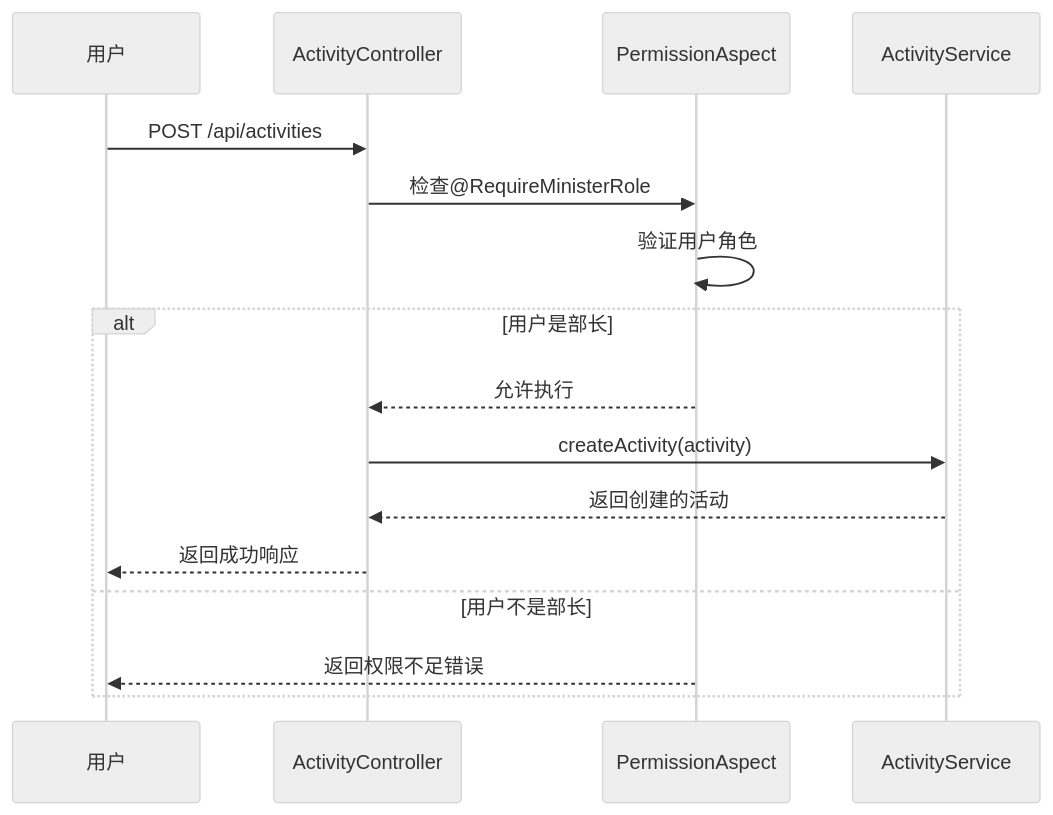
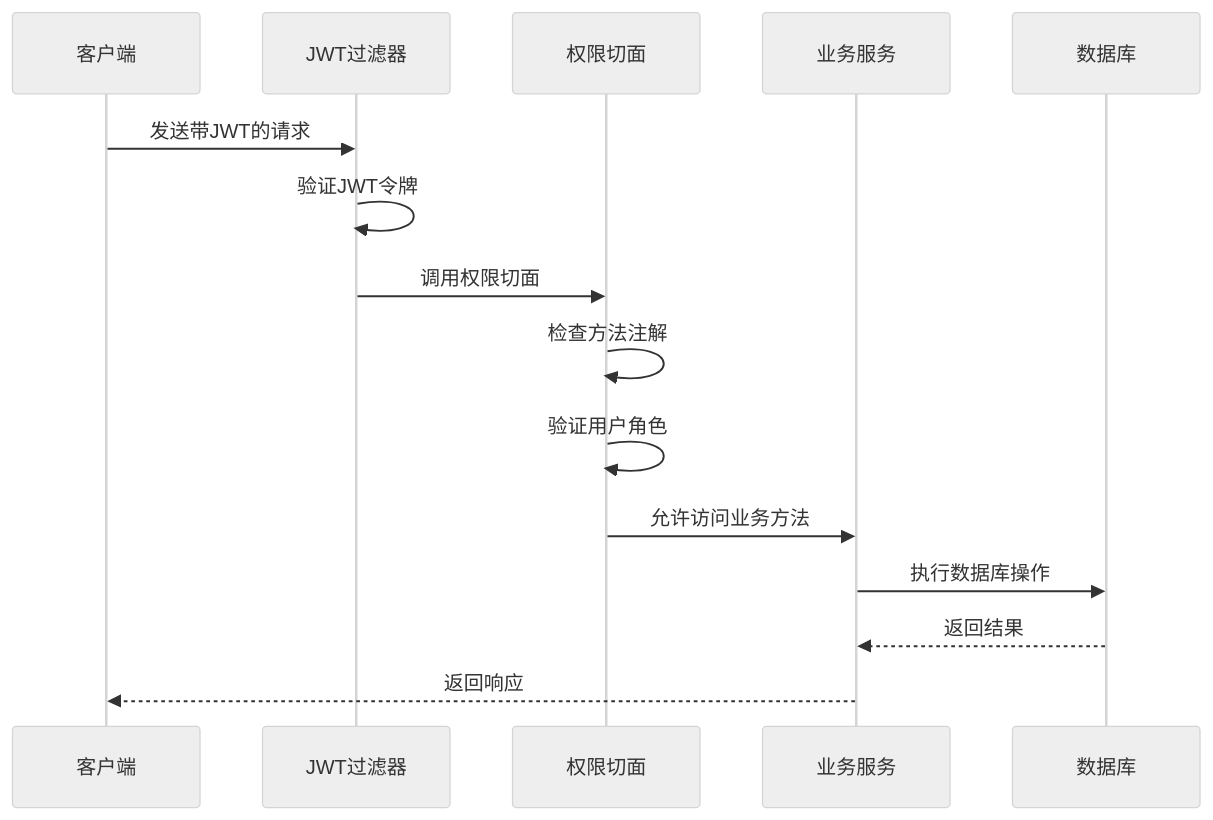
The ninth of 12 diagrams in .qoder/repowiki/zh/content/项目概述.md (Redmoon-2333/HumanResourceOfficial), drawn with Mermaid (neutral theme) before and after one commit. The commit also changed other lines of this file and 60 other files, not shown here.

````diff
--- a/.qoder/repowiki/zh/content/项目概述.md
+++ b/.qoder/repowiki/zh/content/项目概述.md
@@ -257,18 +451,17 @@
 ```mermaid
 sequenceDiagram
-participant 用户
-participant ActivityController
-participant PermissionAspect
-participant ActivityService
-用户->>ActivityController : POST /api/activities
-ActivityController->>PermissionAspect : 检查@RequireMinisterRole
-PermissionAspect->>PermissionAspect : 验证用户角色
-alt 用户是部长
-PermissionAspect-->>ActivityController : 允许执行
-ActivityController->>ActivityService : createActivity(activity)
-ActivityService-->>ActivityController : 返回创建的活动
-ActivityController-->>用户 : 返回成功响应
-else 用户不是部长
-PermissionAspect-->>用户 : 返回权限不足错误
-end
+participant Client as 客户端
+participant Filter as JWT过滤器
+participant Aspect as 权限切面
+participant Service as 业务服务
+participant DB as 数据库
+Client->>Filter : 发送带JWT的请求
+Filter->>Filter : 验证JWT令牌
+Filter->>Aspect : 调用权限切面
+Aspect->>Aspect : 检查方法注解
+Aspect->>Aspect : 验证用户角色
+Aspect->>Service : 允许访问业务方法
+Service->>DB : 执行数据库操作
+DB-->>Service : 返回结果
+Service-->>Client : 返回响应
 ```
````
